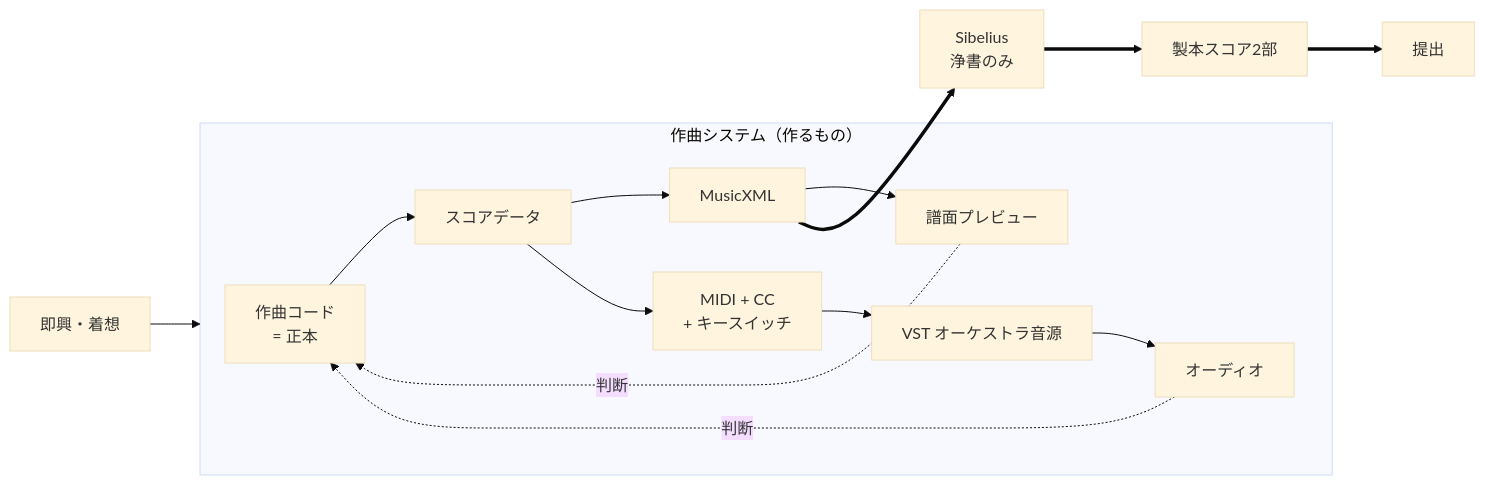
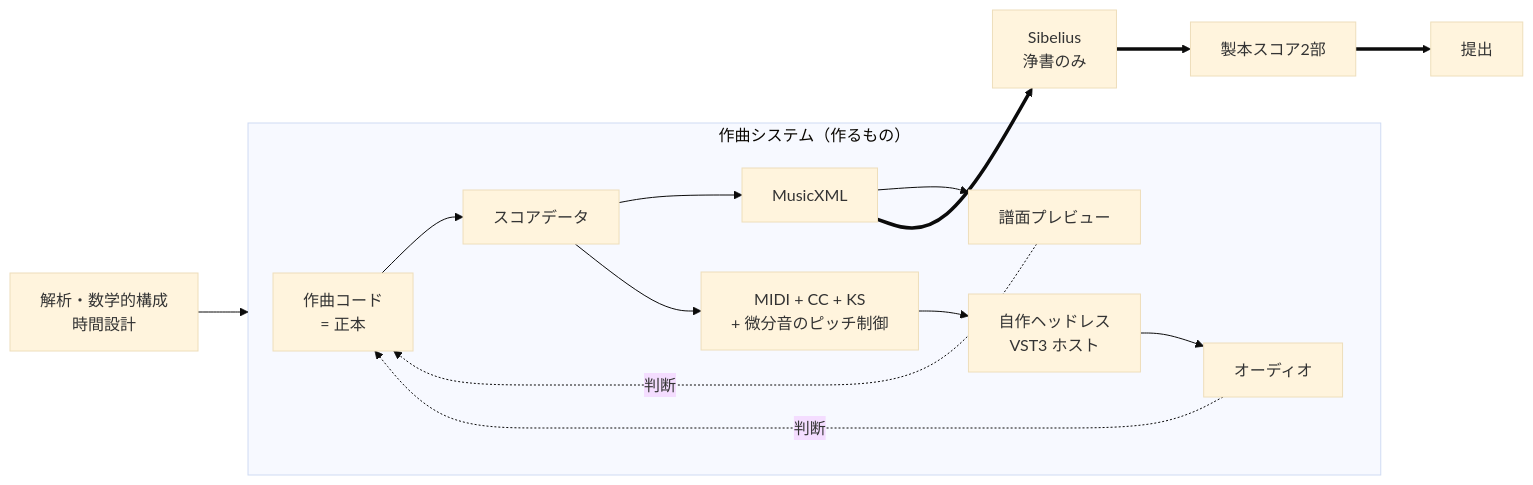
Before and after one commit to yuichkun/takemitsu-2027-composition-system: the first of 6 diagrams in docs/proposal.md, drawn with Mermaid (base theme). The commit also changed other lines of this file and 11 other files, not shown here.

````diff
--- a/docs/proposal.md
+++ b/docs/proposal.md
@@ -39,17 +55,17 @@
 ```mermaid
 flowchart LR
-    imp["即興・着想"] --> tool
+    idea["解析・数学的構成<br/>時間設計"] --> tool
     subgraph tool["作曲システム（作るもの）"]
         code["作曲コード<br/>= 正本"] --> score["スコアデータ"]
         score --> xml["MusicXML"]
-        score --> midi["MIDI + CC<br/>+ キースイッチ"]
+        score --> midi["MIDI + CC + KS<br/>+ 微分音のピッチ制御"]
         xml --> prev["譜面プレビュー"]
-        midi --> vst["VST オーケストラ音源"]
-        vst --> audio["オーディオ"]
+        midi --> host["自作ヘッドレス<br/>VST3 ホスト"]
+        host --> audio["オーディオ"]
         prev -.->|判断| code
         audio -.->|判断| code
     end
     xml ==> sib["Sibelius<br/>浄書のみ"]
     sib ==> paper["製本スコア2部"]
     paper ==> post["提出"]
 ```
````
